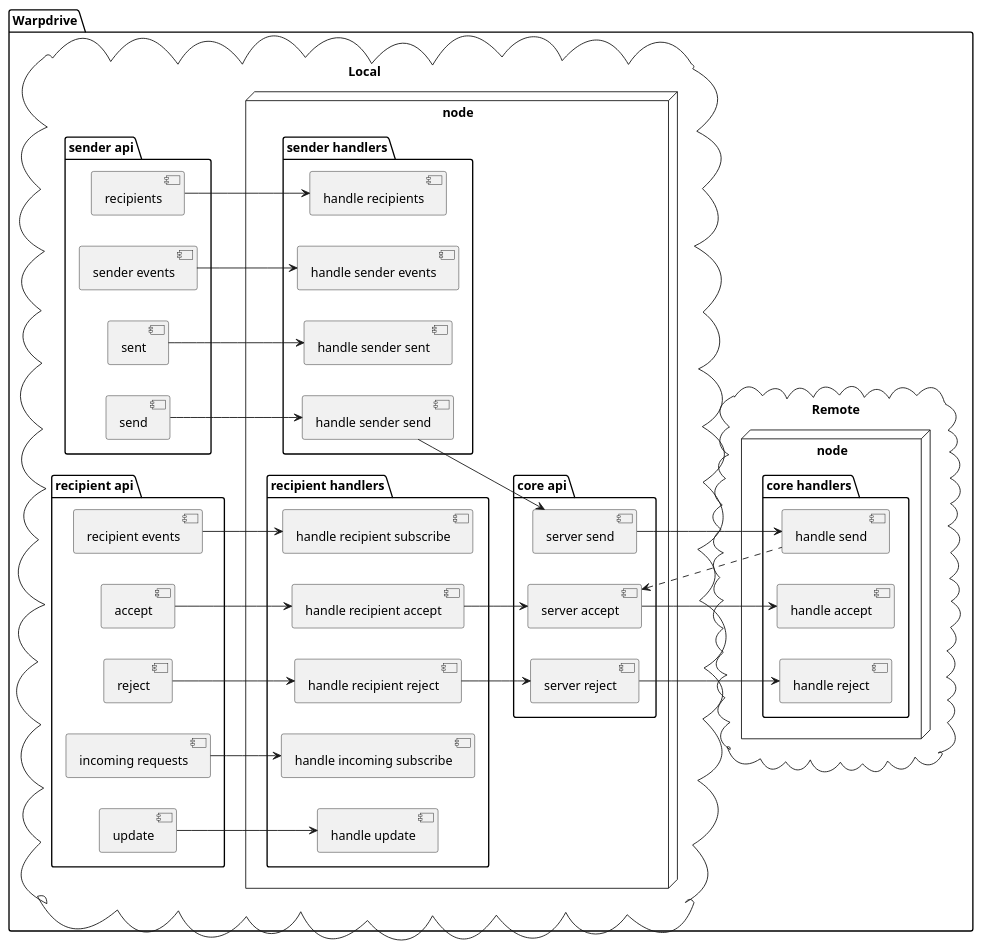
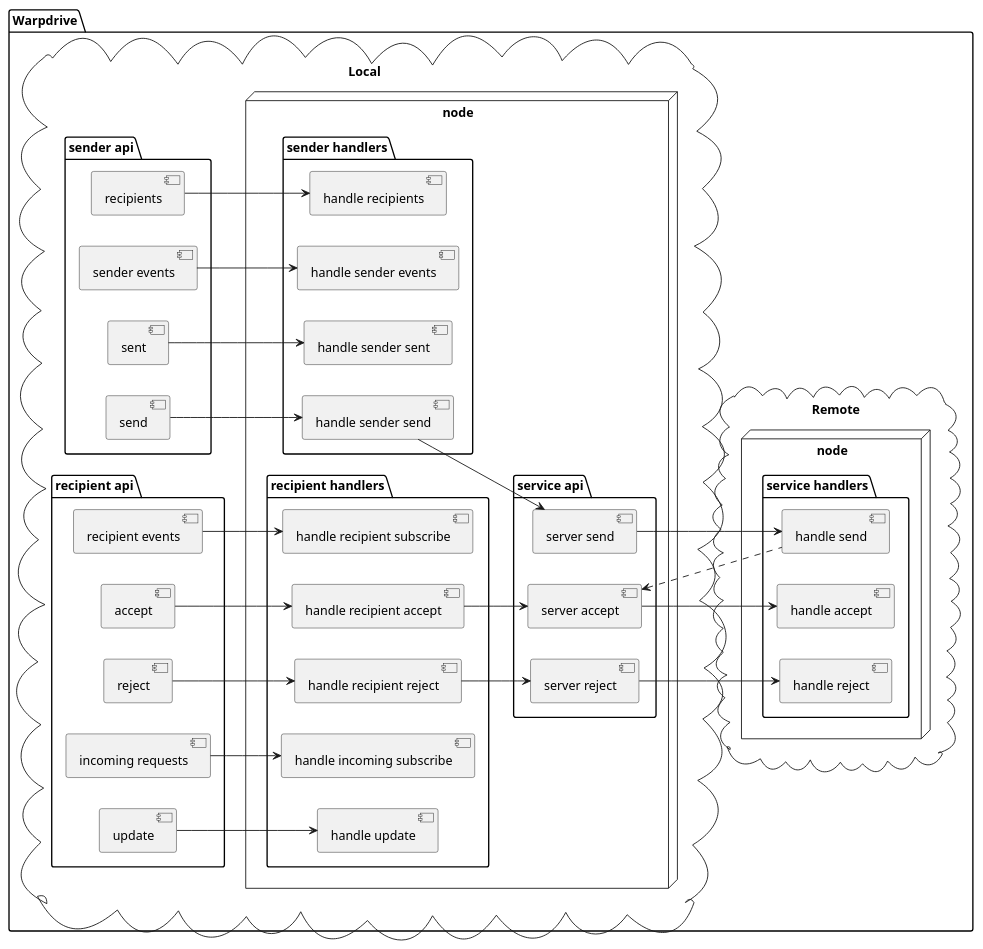
The diagram in app/warpdrive/doc/arch-core.puml (cryptopunkscc/astrald), drawn with PlantUML before and after one commit. The commit also changed 37 other files, not shown here.

```diff
--- a/app/warpdrive/doc/arch-core.puml
+++ b/app/warpdrive/doc/arch-core.puml
@@ -1,78 +1,78 @@
 @startuml
 'https://plantuml.com/component-diagram
 
 left to right direction
 
 package "Warpdrive" {
 cloud "Local" {
 package "sender api" {
     [send]
     [sent]
     [recipients]
     [sender events]
 }
 package "recipient api" {
     [recipient events]
     [accept]
     [reject]
     [incoming requests]
     [update]
 }
 node "node" as local_node {
 package "sender handlers" {
     [handle sender send]
     [handle sender sent]
     [handle recipients]
     [handle sender events]
 }
 package "recipient handlers" {
     [handle recipient accept]
     [handle recipient reject]
     [handle recipient subscribe]
     [handle incoming subscribe]
     [handle update]
 }
-package "core api" {
+package "service api" {
     [server send]
     [server accept]
     [server reject]
 }
 }
 }
 
 cloud "Remote" {
 node "node" as remote_node {
-package "core handlers" {
+package "service handlers" {
     [handle send]
     [handle accept]
     [handle reject]
 }
 }
 }
 }
 
 
 [recipients] -> [handle recipients]
 [sender events] -> [handle sender events]
 [sent] -> [handle sender sent]
 [send] --> [handle sender send]
 
 [recipient events] --> [handle recipient subscribe]
 [incoming requests] --> [handle incoming subscribe]
 [accept] --> [handle recipient accept]
 [reject] --> [handle recipient reject]
 
 [handle sender send] --> [server send]
 [server send] --> [handle send]
 [server accept] <.. [handle send]
 
 [handle recipient accept] --> [server accept]
 [server accept] -> [handle accept]
 
 [handle recipient reject] --> [server reject]
 [server reject] -> [handle reject]
 
 
 [update] --> [handle update]
 
 @enduml
```
